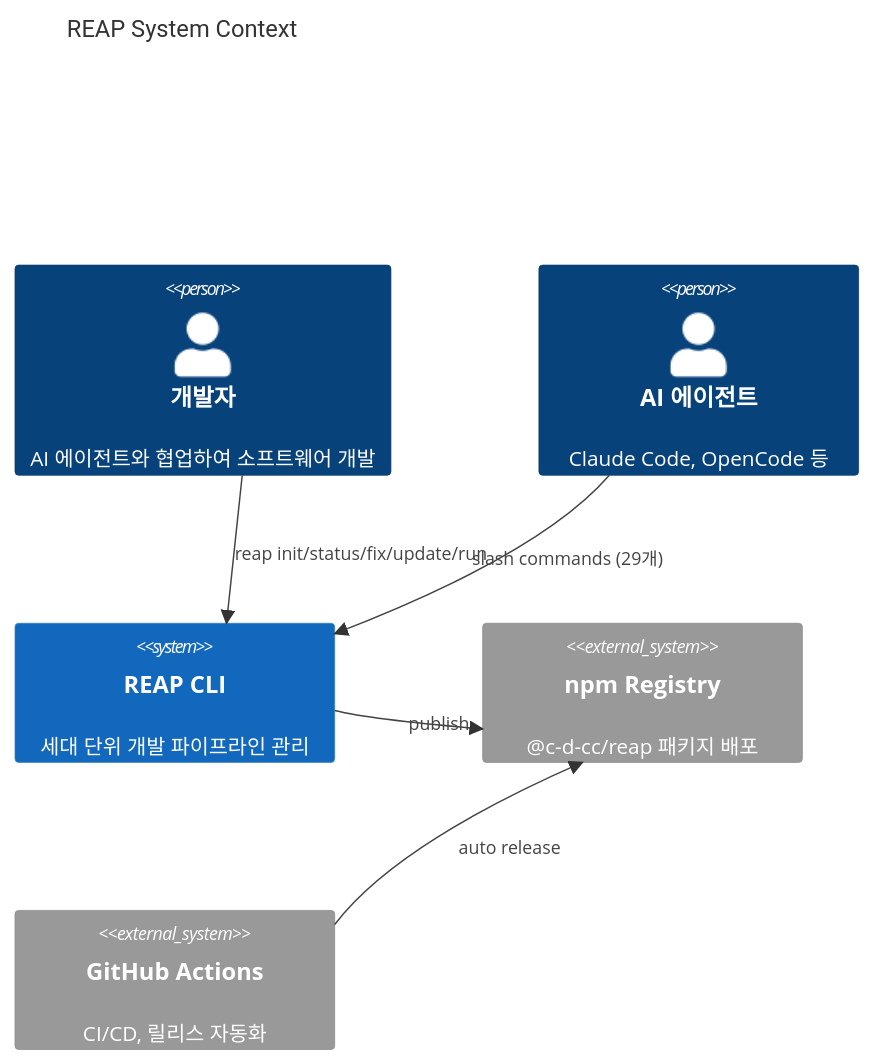
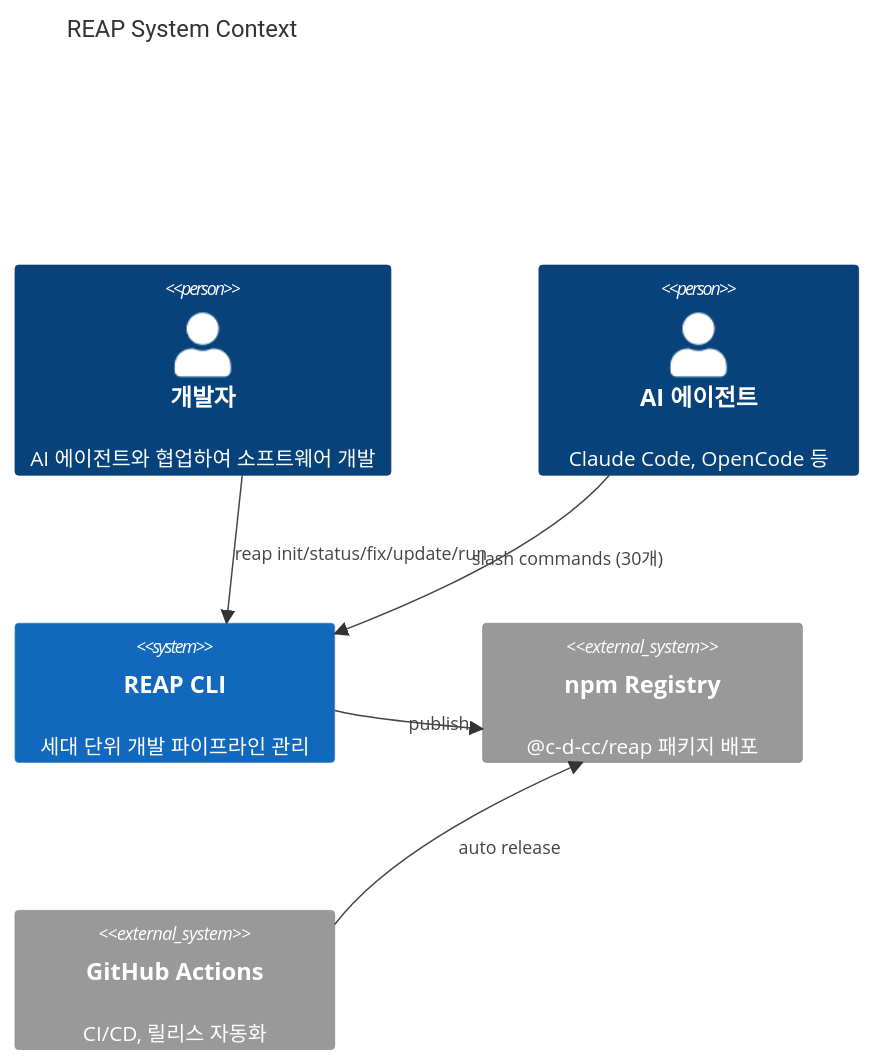
One commit to c-d-cc/reap changed the first of 3 diagrams in .reap/genome/source-map.md. Above: the diagram before and after it, drawn with Mermaid. The commit also changed other lines of this file and 8 other files, not shown here.

````diff
--- a/.reap/genome/source-map.md
+++ b/.reap/genome/source-map.md
@@ -10,16 +10,16 @@
 ```mermaid
 C4Context
   title REAP System Context
 
   Person(user, "개발자", "AI 에이전트와 협업하여 소프트웨어 개발")
   Person(agent, "AI 에이전트", "Claude Code, OpenCode 등")
 
   System(reap, "REAP CLI", "세대 단위 개발 파이프라인 관리")
   System_Ext(npm, "npm Registry", "@c-d-cc/reap 패키지 배포")
   System_Ext(github, "GitHub Actions", "CI/CD, 릴리스 자동화")
 
   Rel(user, reap, "reap init/status/fix/update/run")
-  Rel(agent, reap, "slash commands (29개)")
+  Rel(agent, reap, "slash commands (30개)")
   Rel(reap, npm, "publish")
   Rel(github, npm, "auto release")
 ```
````
